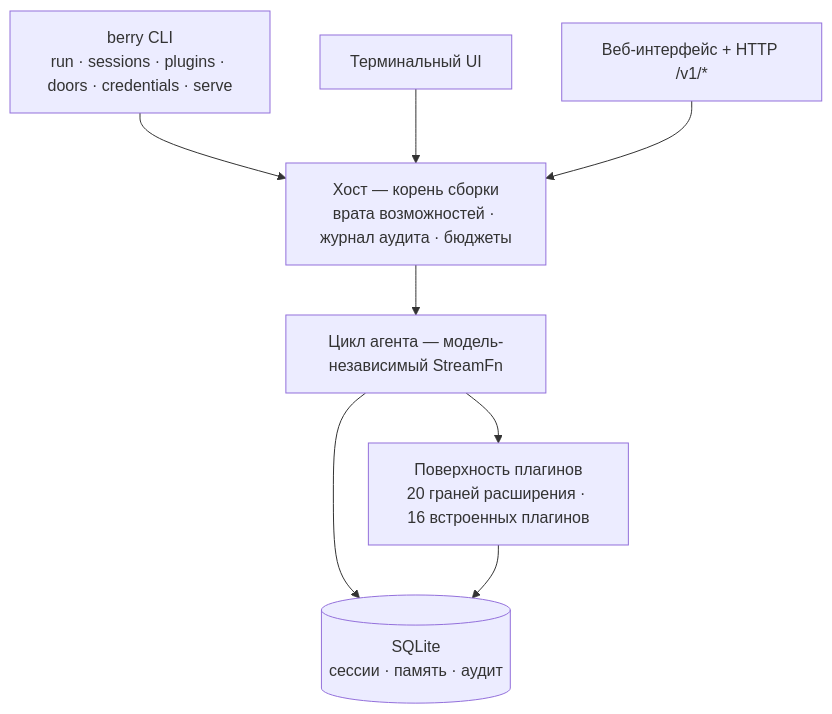
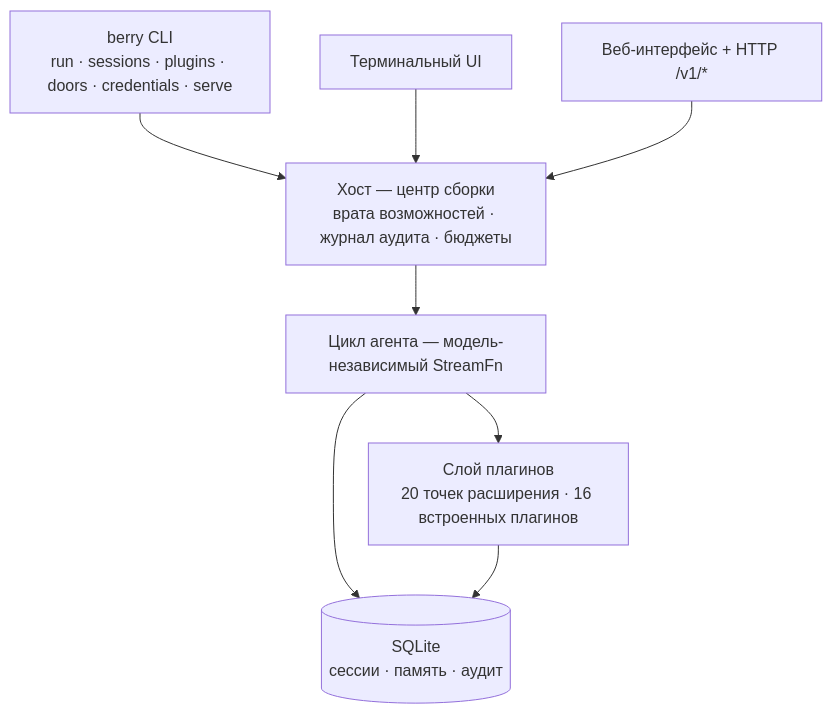
Before and after one commit to miuiadmin/berry-agent: the diagram in README.ru.md, drawn with Mermaid. The commit also changed other lines of this file and 7 other files, not shown here.

First line of the commit message:
fix(copy): 公开文档面全域收割——五语 mermaid 旧族（assembly root/Plugin surface/20 extension faces→hub/layer/points）+ 装载体句 surface→mechanism + ko 网络表面→行为 + usage 件族四处 + 篇号引用四处摘除（wf_db273e73 docs-P1/P2+anchor，六语同批随行律）

````diff
--- a/README.ru.md
+++ b/README.ru.md
@@ -177,17 +177,17 @@
 ```mermaid
 graph TD
     CLI["berry CLI<br/>run · sessions · plugins · doors · credentials · serve"]
     TUI["Терминальный UI"]
     WEB["Веб-интерфейс + HTTP /v1/*"]
-    HOST["Хост — корень сборки<br/>врата возможностей · журнал аудита · бюджеты"]
+    HOST["Хост — центр сборки<br/>врата возможностей · журнал аудита · бюджеты"]
     LOOP["Цикл агента — модель-независимый StreamFn"]
-    PLUGINS["Поверхность плагинов<br/>20 граней расширения · 16 встроенных плагинов"]
+    PLUGINS["Слой плагинов<br/>20 точек расширения · 16 встроенных плагинов"]
     STORE[("SQLite<br/>сессии · память · аудит")]
     CLI --> HOST
     TUI --> HOST
     WEB --> HOST
     HOST --> LOOP
     LOOP --> PLUGINS
     LOOP --> STORE
     PLUGINS --> STORE
 ```
````
